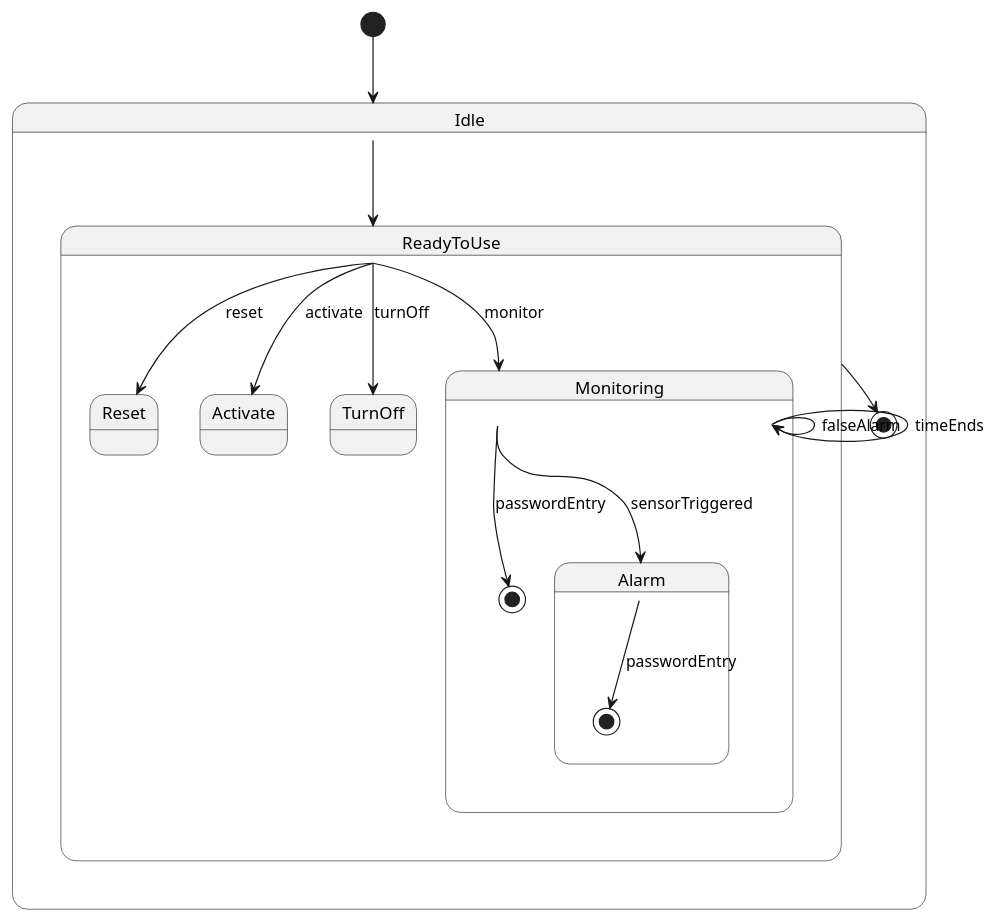
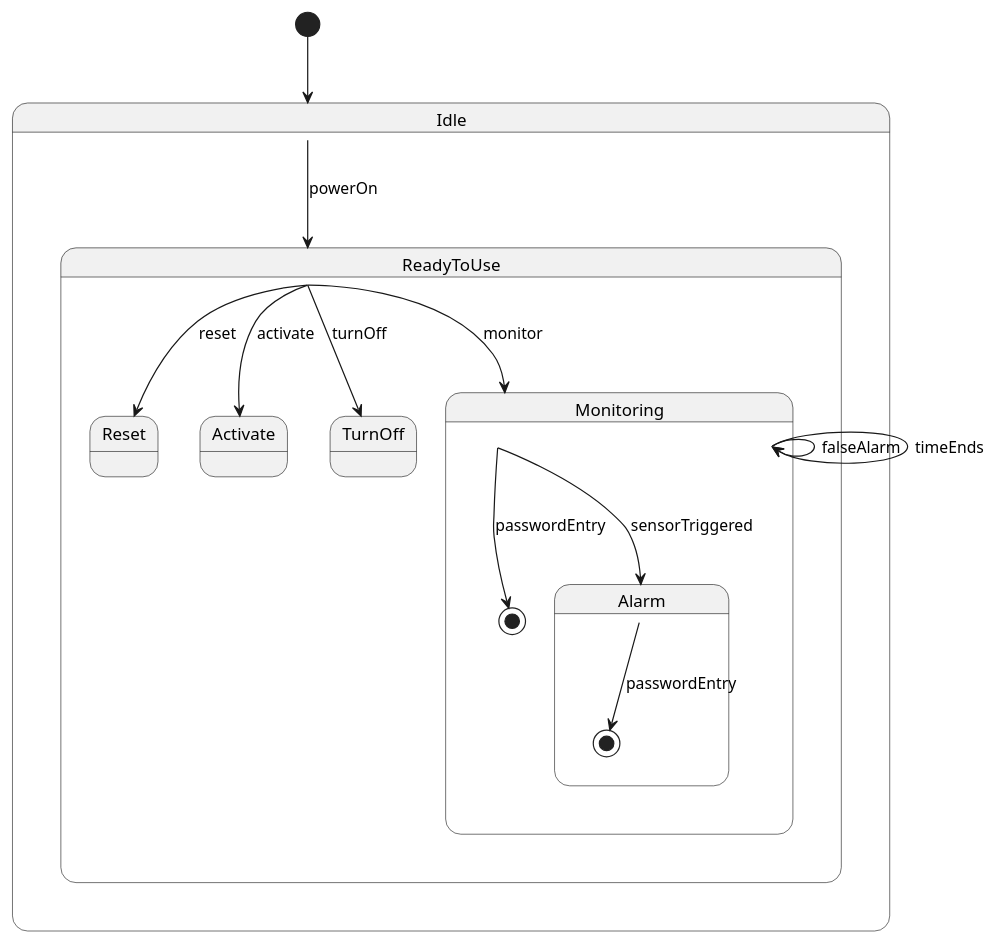
The diagram in valid_diagrams/Qwen_2.5_7B/syntax_grounded_repair/case_47_safehome_security_function/diagram.puml (maimunafaria/State_transition_Diagram_generated_by_LLM), drawn with PlantUML before and after one commit. The commit also changed 34 other files, not shown here.

```diff
--- a/valid_diagrams/Qwen_2.5_7B/syntax_grounded_repair/case_47_safehome_security_function/diagram.puml
+++ b/valid_diagrams/Qwen_2.5_7B/syntax_grounded_repair/case_47_safehome_security_function/diagram.puml
@@ -1,27 +1,26 @@
 @startuml
 [*] --> Idle
 
 state Idle {
-  Idle --> ReadyToUse
-  ReadyToUse --> [*]
+  Idle --> ReadyToUse : powerOn
 }
 
 state ReadyToUse {
   ReadyToUse --> Reset : reset
   ReadyToUse --> Activate : activate
   ReadyToUse --> TurnOff : turnOff
   ReadyToUse --> Monitoring : monitor
 }
 
 state Monitoring {
   Monitoring --> Alarm : sensorTriggered
   Monitoring --> Monitoring : falseAlarm
   Monitoring --> Monitoring : timeEnds
   Monitoring --> [*] : passwordEntry
 }
 
 state Alarm {
   Alarm --> [*] : passwordEntry
 }
 
 @enduml
```
